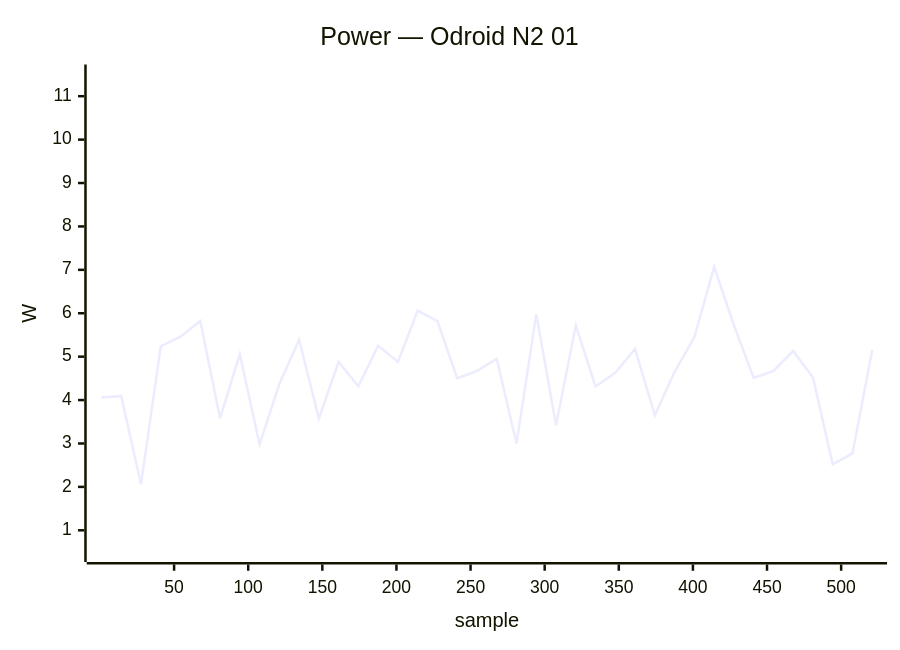
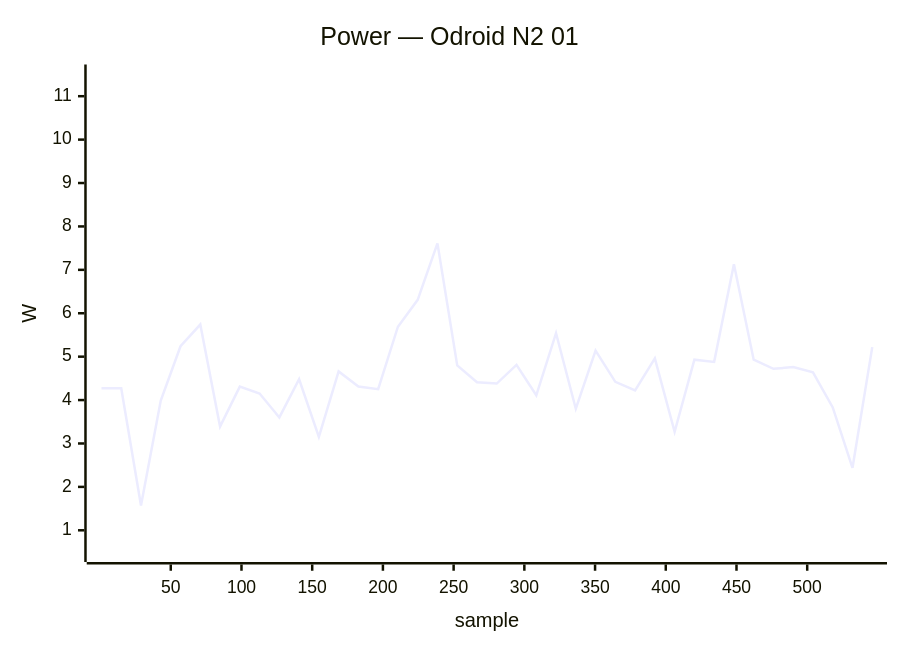
Before and after one commit to armbian/documentation: the fourth of 34 diagrams in docs/status/board-tests.md, drawn with Mermaid. The commit also changed other lines of this file, not shown here.

````diff
--- a/docs/status/board-tests.md
+++ b/docs/status/board-tests.md
@@ -205,7 +190,7 @@
 ```mermaid
 xychart-beta
     title "Power — Odroid N2 01"
-    x-axis "sample" 1 --> 521
+    x-axis "sample" 1 --> 546
     y-axis "W" 0.5 --> 11.5
-    line [4.06, 4.09, 2.06, 5.24, 5.46, 5.82, 3.58, 5.06, 2.98, 4.37, 5.39, 3.58, 4.88, 4.32, 5.25, 4.88, 6.06, 5.82, 4.50, 4.67, 4.95, 3.00, 5.98, 3.42, 5.72, 4.31, 4.63, 5.18, 3.65, 4.65, 5.45, 7.07, 5.72, 4.51, 4.67, 5.13, 4.52, 2.52, 2.77, 5.16]
+    line [4.27, 4.27, 1.57, 3.99, 5.24, 5.74, 3.39, 4.31, 4.15, 3.60, 4.48, 3.15, 4.66, 4.31, 4.25, 5.69, 6.31, 7.61, 4.80, 4.41, 4.38, 4.81, 4.11, 5.54, 3.80, 5.14, 4.42, 4.22, 4.96, 3.27, 4.93, 4.88, 7.13, 4.93, 4.72, 4.76, 4.64, 3.83, 2.44, 5.22]
 ```
````
